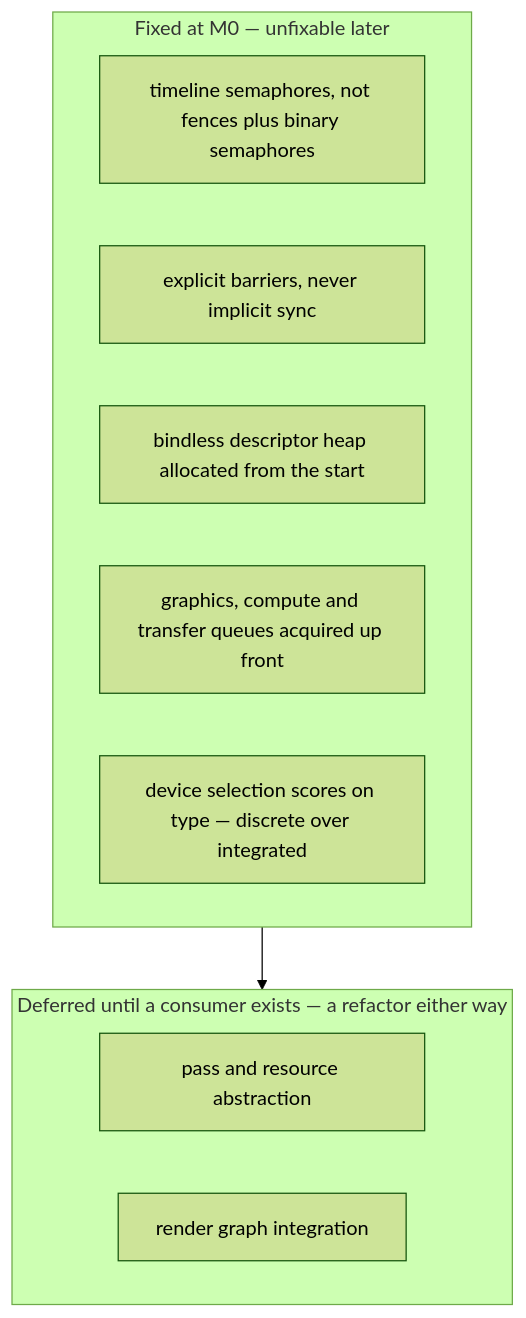
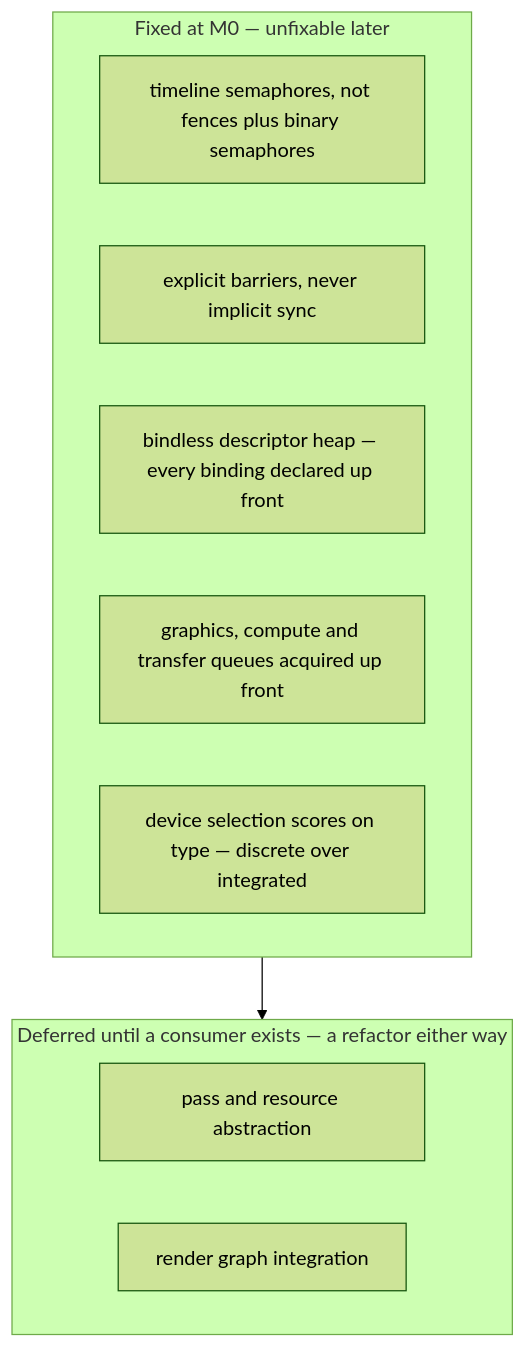
Before and after one commit to adamloec/slop: the second of 3 diagrams in docs/slop-rhi/README.md, drawn with Mermaid (forest theme). The commit also changed other lines of this file and 6 other files, not shown here.

First line of the commit message:
Give the bindless heap the storage buffers it always required

````diff
--- a/docs/slop-rhi/README.md
+++ b/docs/slop-rhi/README.md
@@ -123,17 +124,17 @@
 ```mermaid
 flowchart TD
     subgraph fixed ["Fixed at M0 — unfixable later"]
         ts["timeline semaphores, not fences plus binary semaphores"]
         bar["explicit barriers, never implicit sync"]
-        bind["bindless descriptor heap allocated from the start"]
+        bind["bindless descriptor heap — every binding declared up front"]
         queues["graphics, compute and transfer queues acquired up front"]
         dev["device selection scores on type — discrete over integrated"]
     end
 
     subgraph later ["Deferred until a consumer exists — a refactor either way"]
         api["pass and resource abstraction"]
         rg["render graph integration"]
     end
 
     fixed --> later
 ```
````
